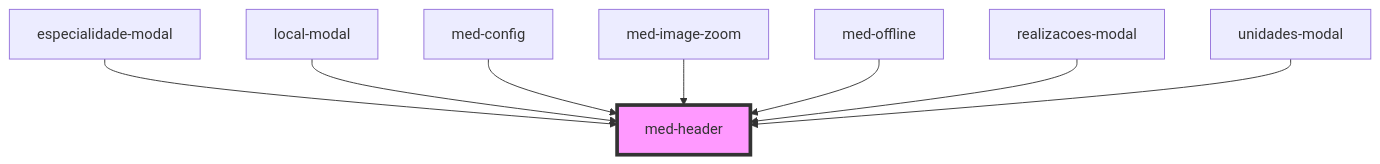
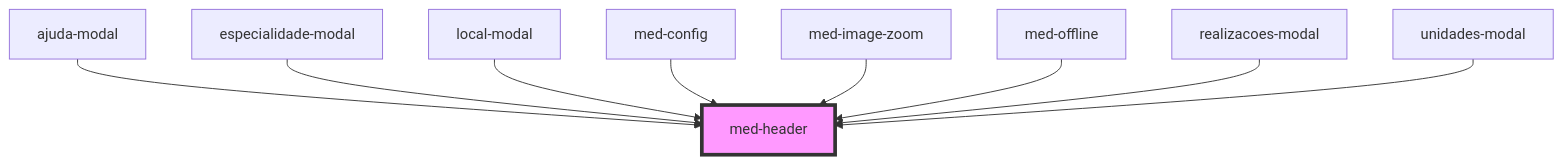
One commit to MEDGRUPOGIT/ionic-framework-1 changed the diagram in core/src/components/@templarios/compositions/med-header/readme.md. Above: the diagram before and after it, drawn with Mermaid. The commit also changed other lines of this file and 20 other files, not shown here.

Commit message:
migração ionic 1 tela simulados modal ajuda

````diff
--- a/core/src/components/@templarios/compositions/med-header/readme.md
+++ b/core/src/components/@templarios/compositions/med-header/readme.md
@@ -28,11 +29,12 @@
 ```mermaid
 graph TD;
+  ajuda-modal --> med-header
   especialidade-modal --> med-header
   local-modal --> med-header
   med-config --> med-header
   med-image-zoom --> med-header
   med-offline --> med-header
   realizacoes-modal --> med-header
   unidades-modal --> med-header
   style med-header fill:#f9f,stroke:#333,stroke-width:4px
 ```
````
